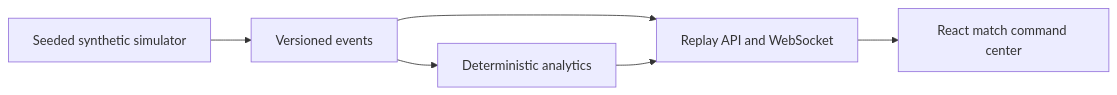
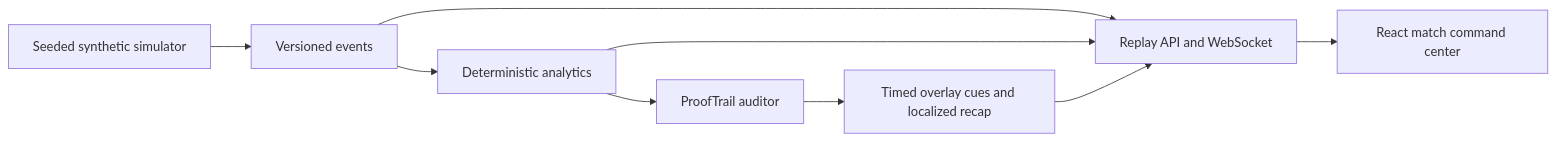
The diagram in README.md (Microsoft-Game-Developer-Hackathon-2026/Pulse-Xi), drawn with Mermaid before and after one commit. The commit also changed other lines of this file and 18 other files, not shown here.

Commit message:
Add evidence, synchronized cues, localized recaps and guarded Foundry workflow

````diff
--- a/README.md
+++ b/README.md
@@ -29,8 +29,11 @@
 ```mermaid
 flowchart LR
   S[Seeded synthetic simulator] --> E[Versioned events]
   E --> A[Deterministic analytics]
   E --> R[Replay API and WebSocket]
+  A --> P[ProofTrail auditor]
+  P --> O[Timed overlay cues and localized recap]
   A --> R
+  O --> R
   R --> U[React match command center]
 ```
````
